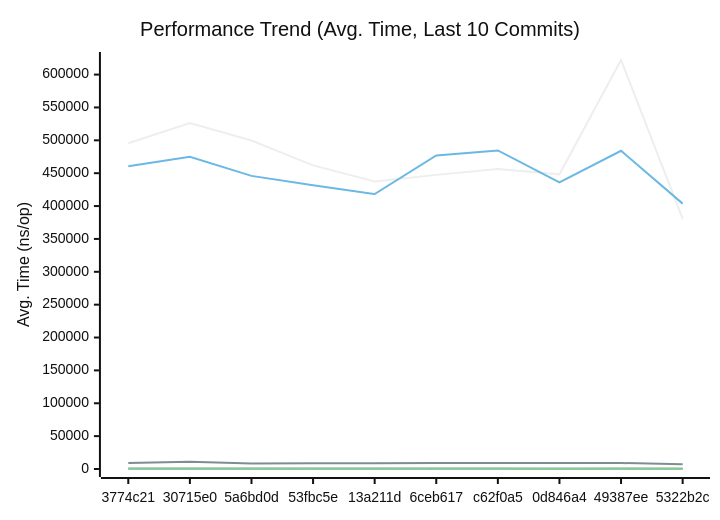
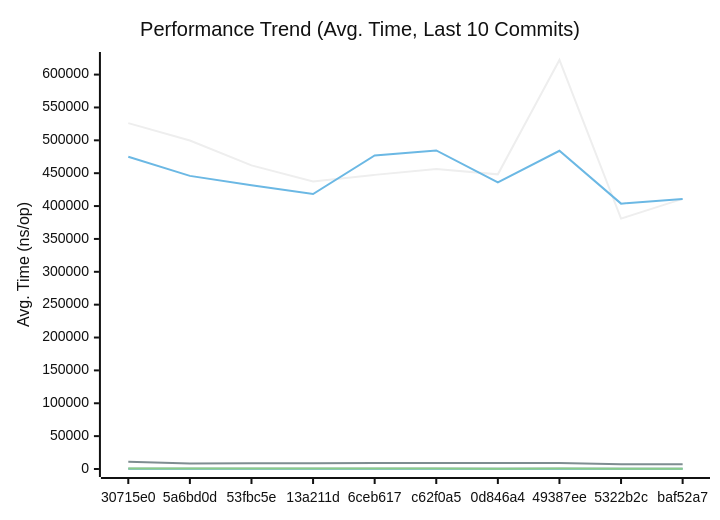
The first of 3 diagrams in docs/PERFORMANCE.md (alsotoes/momo), drawn with Mermaid (neutral theme) before and after one commit. The commit also changed other lines of this file and 2 other files, not shown here.

````diff
--- a/docs/PERFORMANCE.md
+++ b/docs/PERFORMANCE.md
@@ -145,20 +145,20 @@
 ```mermaid
 xychart-beta
     title "Performance Trend (Avg. Time, Last 10 Commits)"
     x-axis "Commit"
     y-axis "Avg. Time (ns/op)"
-    x-axis [3774c21,30715e0,5a6bd0d,53fbc5e,13a211d,6ceb617,c62f0a5,0d846a4,49387ee,5322b2c]
-    line "AWSChunkedReaderSigned" [495636,526187,499710,461886,437350,447444,456452,448270,622202,380899]
-    line "AWSChunkedReaderUnsigned" [460494,474985,445923,431657,418289,476966,484613,436099,484134,403705]
-    line "CheckMetricsAndSwap" [11,9,10,9,8,10,9,10,8,9]
-    line "CrushOptimized" [465,338,334,350,344,353,360,384,403,296]
-    line "CrushOriginal" [466,508,437,504,419,488,539,442,474,375]
+    x-axis [30715e0,5a6bd0d,53fbc5e,13a211d,6ceb617,c62f0a5,0d846a4,49387ee,5322b2c,baf52a7]
+    line "AWSChunkedReaderSigned" [526187,499710,461886,437350,447444,456452,448270,622202,380899,410944]
+    line "AWSChunkedReaderUnsigned" [474985,445923,431657,418289,476966,484613,436099,484134,403705,410907]
+    line "CheckMetricsAndSwap" [9,10,9,8,10,9,10,8,9,7]
+    line "CrushOptimized" [338,334,350,344,353,360,384,403,296,264]
+    line "CrushOriginal" [508,437,504,419,488,539,442,474,375,370]
     line "IndexDirectTracking" [0,0,0,0,0,0,0,0,0,0]
     line "IndexSearch" [3,3,3,3,3,3,3,3,3,3]
-    line "LoadGlobalConfig" [9224,11173,8541,8919,8720,9023,9246,9136,9150,7234]
-    line "PadString" [48,49,42,41,39,53,48,50,48,35]
+    line "LoadGlobalConfig" [11173,8541,8919,8720,9023,9246,9136,9150,7234,7096]
+    line "PadString" [49,42,41,39,53,48,50,48,35,34]
     line "ParseReplicationOrder_NoPrealloc" [350,349,357,354,345,225,229,165,232,234]
     line "ParseReplicationOrder_Prealloc" [229,231,237,234,229,108,107,80,110,109]
-    line "SanitizeLog/Safe" [313,284,240,213,224,479,510,430,543,398]
-    line "SanitizeLog/Unsafe" [812,896,723,708,682,607,625,542,680,482]
+    line "SanitizeLog/Safe" [284,240,213,224,479,510,430,543,398,379]
+    line "SanitizeLog/Unsafe" [896,723,708,682,607,625,542,680,482,537]
 ```
````
